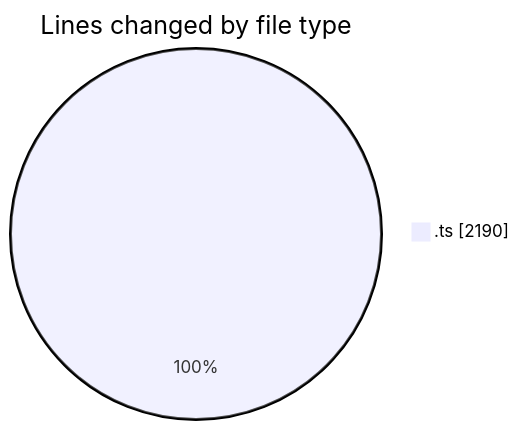
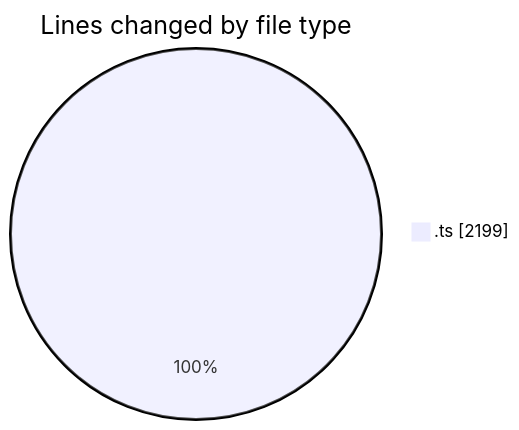
One commit to momahboobian/code-tracking changed the first of 2 diagrams in 2025-10-24/cda/README.md. Above: the diagram before and after it, drawn with Mermaid. The commit also changed other lines of this file and 1 other file, not shown here.

````diff
--- a/2025-10-24/cda/README.md
+++ b/2025-10-24/cda/README.md
@@ -24,5 +24,5 @@
 ```mermaid
 pie showData
 title Lines changed by file type
-".ts" : 2190
+".ts" : 2199
 ```
````
